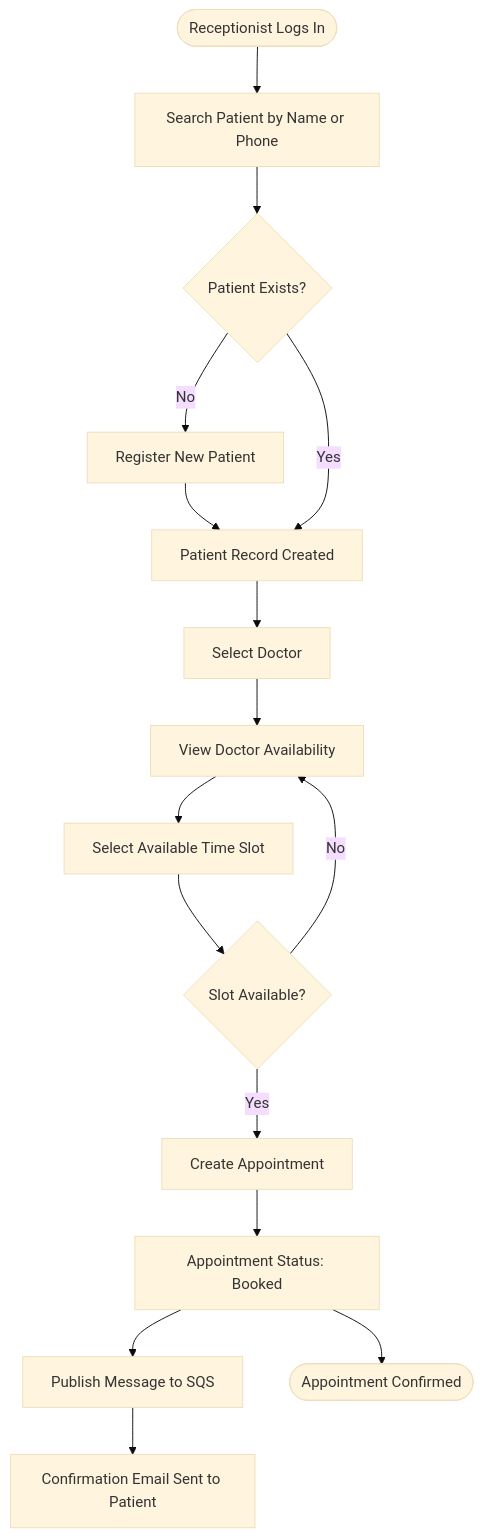
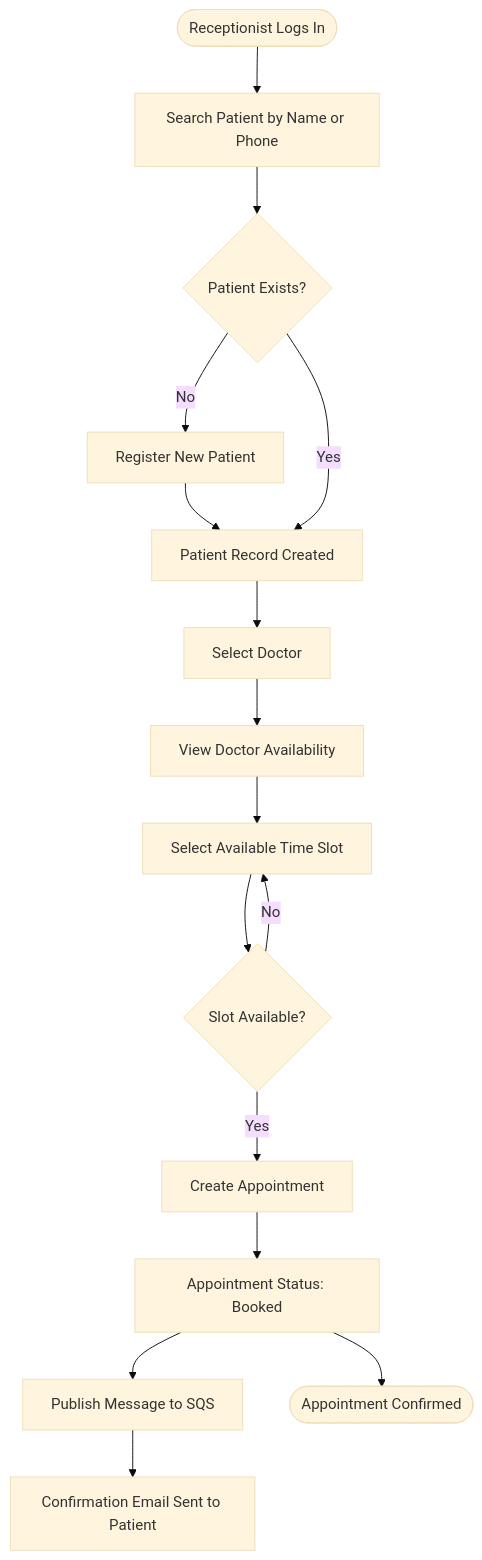
The first of 12 diagrams in docs/04-Flow-Design.md (AmbyHasan/HMS), drawn with Mermaid (base theme) before and after one commit.

Commit message:
Fix flow design doc

````diff
--- a/docs/04-Flow-Design.md
+++ b/docs/04-Flow-Design.md
@@ -20,19 +20,18 @@
 ```mermaid
 flowchart TD
     A([Receptionist Logs In]) --> B[Search Patient by Name or Phone]
     B --> C{Patient Exists?}
     C -- No --> D[Register New Patient]
     D --> E[Patient Record Created]
     C -- Yes --> E
     E --> F[Select Doctor]
     F --> G[View Doctor Availability]
     G --> H[Select Available Time Slot]
     H --> I{Slot Available?}
-    I -- No --> G
+    I -- No --> H
     I -- Yes --> J[Create Appointment]
     J --> K[Appointment Status: Booked]
     K --> L[Publish Message to SQS]
     L --> M[Confirmation Email Sent to Patient]
     K --> N([Appointment Confirmed])
-
 ```
````
